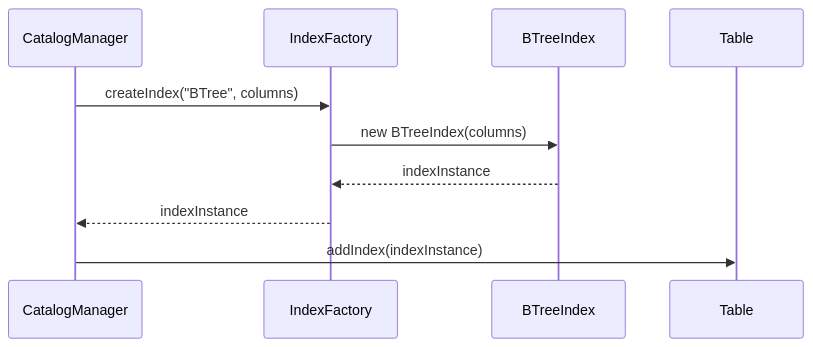
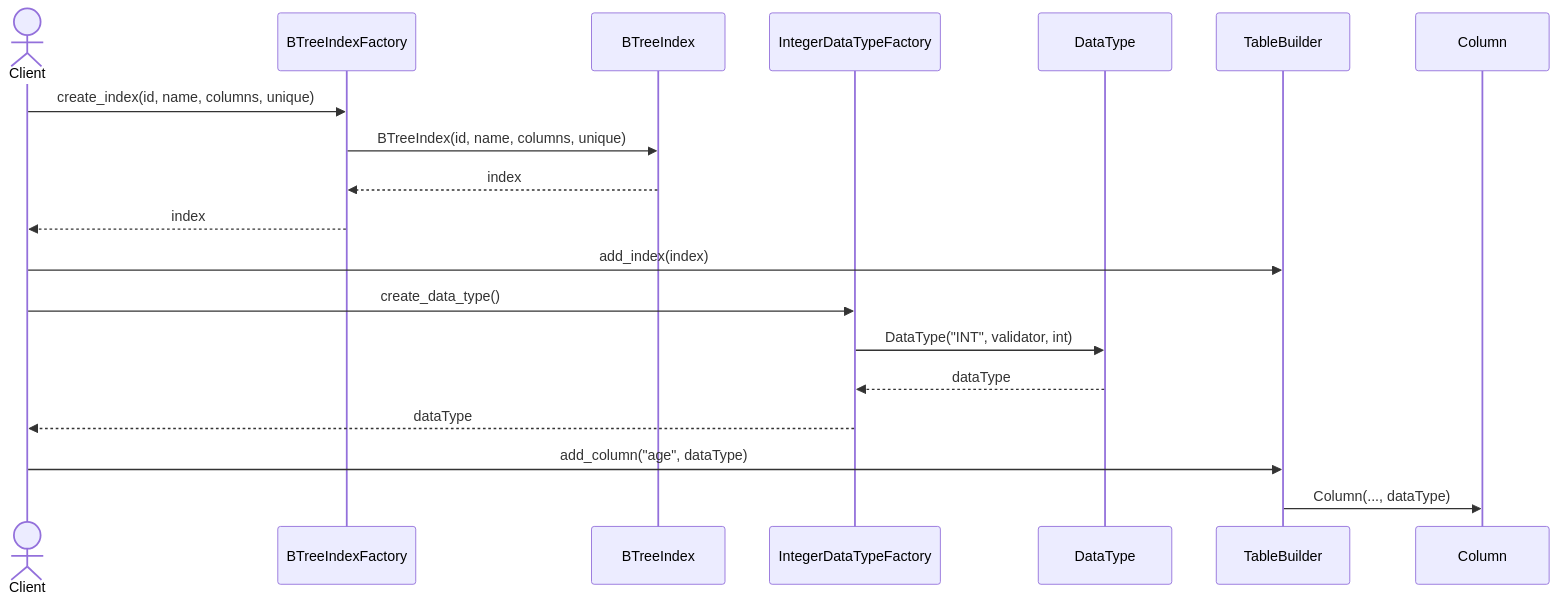
The fourth of 21 diagrams in README.md (taitran501/DBMS), drawn with Mermaid before and after one commit. The commit also changed other lines of this file and 2 other files, not shown here.

Commit message:
docs(database_object): add class, sequence diagrams for Builder, Strategy, and Factory Method patterns

````diff
--- a/README.md
+++ b/README.md
@@ -832,13 +886,22 @@
 ```mermaid
 sequenceDiagram
-    participant CatalogManager
-    participant IndexFactory
+    actor Client
+    participant BTreeIndexFactory
     participant BTreeIndex
-    participant Table
+    participant IntegerDataTypeFactory
+    participant DataType
+    participant TableBuilder
+    participant Column
 
-    CatalogManager->>IndexFactory: createIndex("BTree", columns)
-    IndexFactory->>BTreeIndex: new BTreeIndex(columns)
-    BTreeIndex-->>IndexFactory: indexInstance
-    IndexFactory-->>CatalogManager: indexInstance
-    CatalogManager->>Table: addIndex(indexInstance)
+    Client->>BTreeIndexFactory: create_index(id, name, columns, unique)
+    BTreeIndexFactory->>BTreeIndex: BTreeIndex(id, name, columns, unique)
+    BTreeIndex-->>BTreeIndexFactory: index
+    BTreeIndexFactory-->>Client: index
+    Client->>TableBuilder: add_index(index)
+    Client->>IntegerDataTypeFactory: create_data_type()
+    IntegerDataTypeFactory->>DataType: DataType("INT", validator, int)
+    DataType-->>IntegerDataTypeFactory: dataType
+    IntegerDataTypeFactory-->>Client: dataType
+    Client->>TableBuilder: add_column("age", dataType)
+    TableBuilder->>Column: Column(..., dataType)
 ```
````
